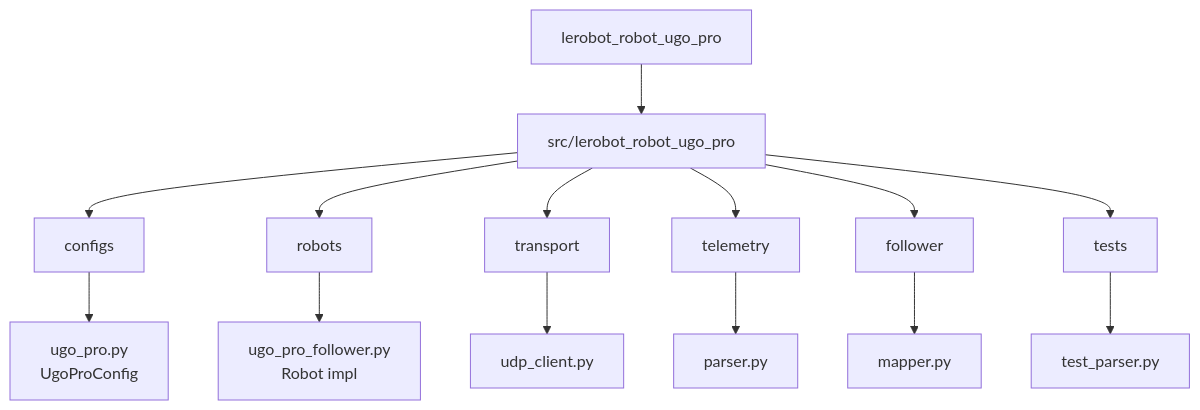
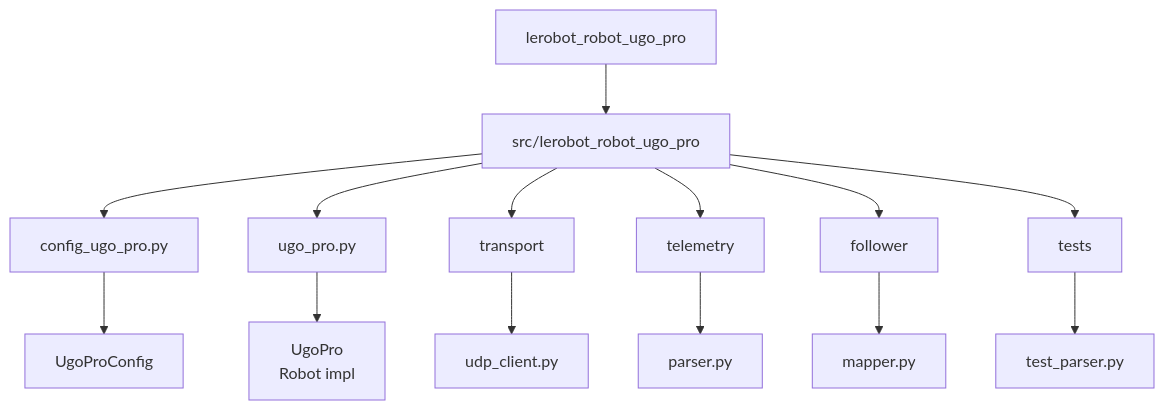
One commit to ugo-plus/lerobot-robot-ugo-pro changed the sixth of 16 diagrams in docs/lerobot_ugo_pro_design.md. Above: the diagram before and after it, drawn with Mermaid. The commit also changed other lines of this file and 12 other files, not shown here.

````diff
--- a/docs/lerobot_ugo_pro_design.md
+++ b/docs/lerobot_ugo_pro_design.md
@@ -176,17 +172,17 @@
 ```mermaid
 graph TD
     root[lerobot_robot_ugo_pro]
     root --> pkg[src/lerobot_robot_ugo_pro]
-    pkg --> configs
-    pkg --> robots
+    pkg --> cfgmodule[config_ugo_pro.py]
+    pkg --> robotmodule[ugo_pro.py]
     pkg --> transport
     pkg --> telemetry
     pkg --> follower
     pkg --> tests
-    configs --> cfgfile[ugo_pro.py<br>UgoProConfig]
-    robots --> follower_py[ugo_pro_follower.py<br>Robot impl]
+    cfgmodule --> cfgfile[UgoProConfig]
+    robotmodule --> follower_py[UgoPro<br>Robot impl]
     transport --> udp[udp_client.py]
     telemetry --> parser[parser.py]
     follower --> mapper[mapper.py]
     tests --> parser_test[test_parser.py]
 ```
````
